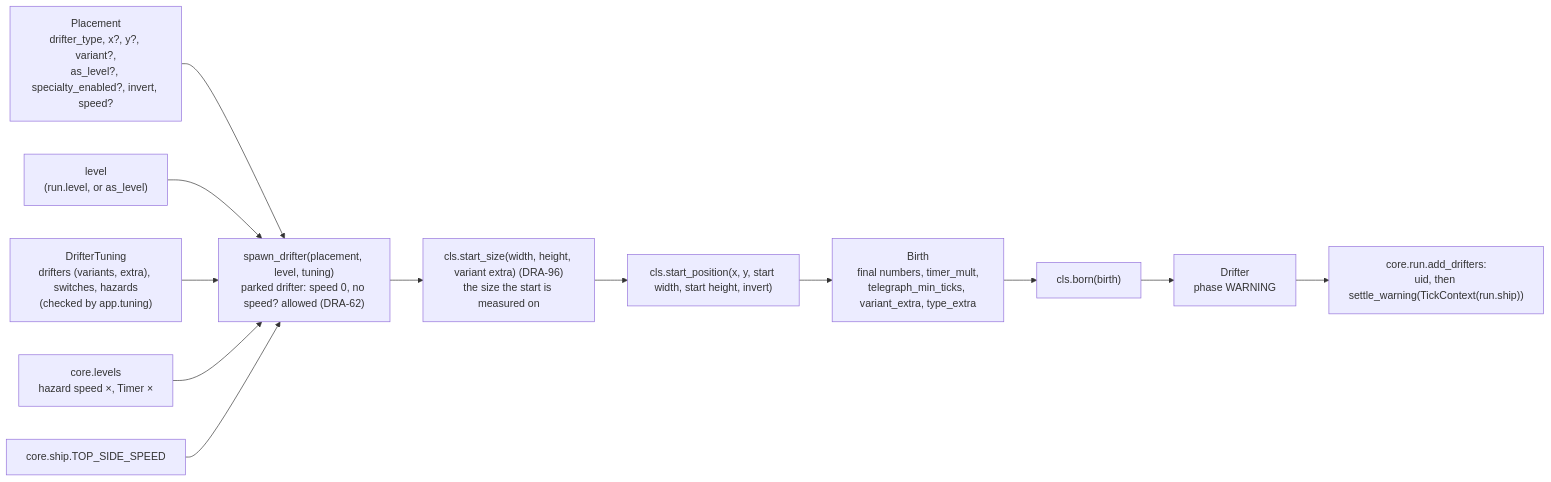
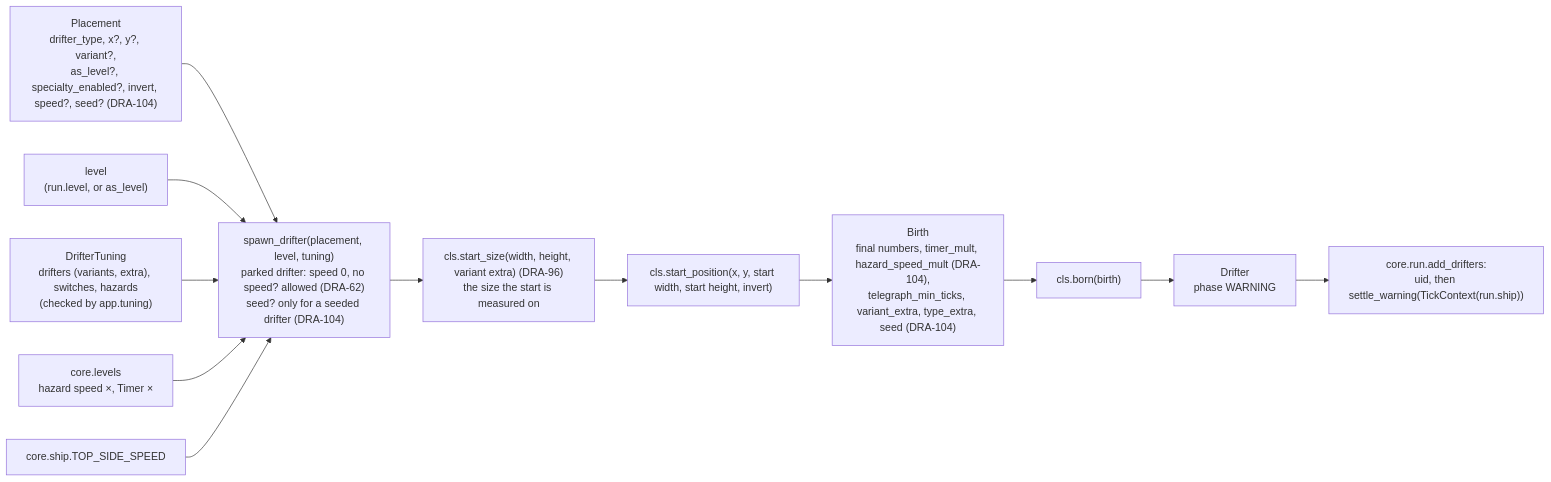
Before and after one commit to david-mntl/driftward-ace: the fourth of 7 diagrams in docs/contracts/systems/drifters.md, drawn with Mermaid. The commit also changed other lines of this file and 13 other files, not shown here.

Commit message:
docs(contracts): add DRA-104 UFO tasks and tuning schema; update drifters, waves, run, app contracts and wave and debug spawn schemas

````diff
--- a/docs/contracts/systems/drifters.md
+++ b/docs/contracts/systems/drifters.md
@@ -186,12 +206,12 @@
 ```mermaid
 flowchart LR
-  P["Placement<br/>drifter_type, x?, y?, variant?,<br/>as_level?, specialty_enabled?, invert, speed?"] --> S["spawn_drifter(placement, level, tuning)<br/>parked drifter: speed 0, no speed? allowed (DRA-62)"]
+  P["Placement<br/>drifter_type, x?, y?, variant?,<br/>as_level?, specialty_enabled?, invert, speed?, seed? (DRA-104)"] --> S["spawn_drifter(placement, level, tuning)<br/>parked drifter: speed 0, no speed? allowed (DRA-62)<br/>seed? only for a seeded drifter (DRA-104)"]
   L["level<br/>(run.level, or as_level)"] --> S
   T["DrifterTuning<br/>drifters (variants, extra), switches, hazards<br/>(checked by app.tuning)"] --> S
   LV["core.levels<br/>hazard speed ×, Timer ×"] --> S
   SH["core.ship.TOP_SIDE_SPEED"] --> S
   S --> SZ["cls.start_size(width, height, variant extra) (DRA-96)<br/>the size the start is measured on"]
   SZ --> SP["cls.start_position(x, y, start width, start height, invert)"]
-  SP --> B["Birth<br/>final numbers, timer_mult,<br/>telegraph_min_ticks, variant_extra, type_extra"] --> C["cls.born(birth)"] --> O["Drifter<br/>phase WARNING"]
+  SP --> B["Birth<br/>final numbers, timer_mult, hazard_speed_mult (DRA-104),<br/>telegraph_min_ticks, variant_extra, type_extra, seed (DRA-104)"] --> C["cls.born(birth)"] --> O["Drifter<br/>phase WARNING"]
   O --> AD["core.run.add_drifters:<br/>uid, then settle_warning(TickContext(run.ship))"]
 ```
````
